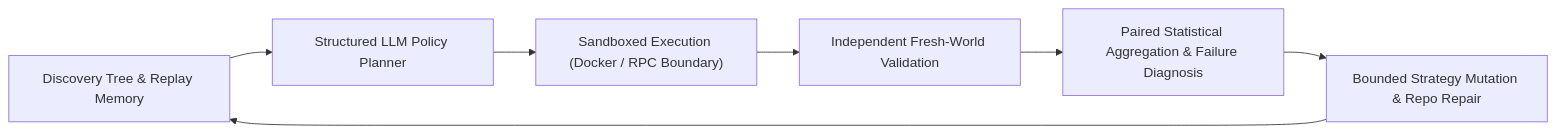
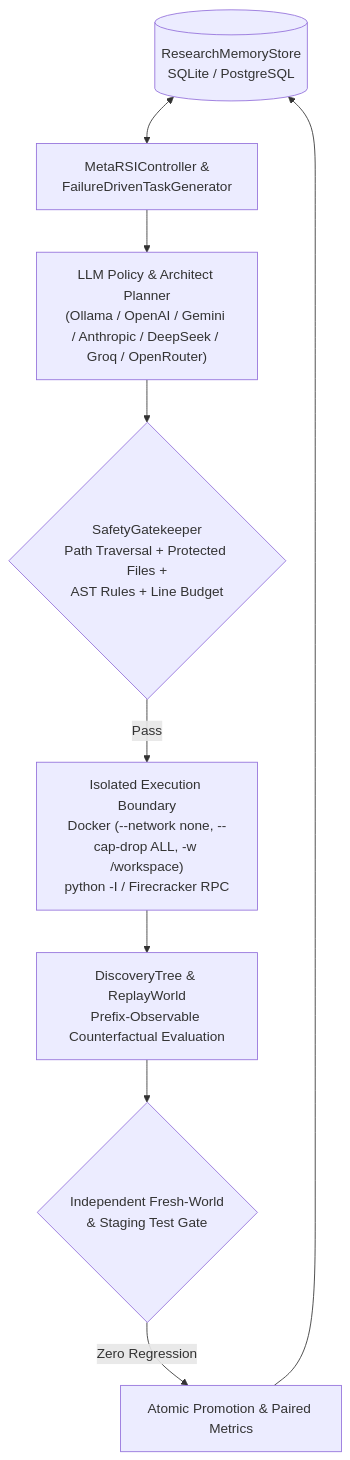
The diagram in README.md (sylenthai/dream-rsi), drawn with Mermaid before and after one commit. The commit also changed other lines of this file and 21 other files, not shown here.

Commit message:
Harden security sandboxes, fix Docker/SQLite/Helm/API bugs, expand LLM providers & elevate community docs

````diff
--- a/README.md
+++ b/README.md
@@ -13,9 +52,11 @@
 ```mermaid
-flowchart LR
-    A["Discovery Tree & Replay Memory"] --> B["Structured LLM Policy Planner"]
-    B --> C["Sandboxed Execution (Docker / RPC Boundary)"]
-    C --> D["Independent Fresh-World Validation"]
-    D --> E["Paired Statistical Aggregation & Failure Diagnosis"]
-    E --> F["Bounded Strategy Mutation & Repo Repair"]
-    F --> A
+flowchart TB
+    M[("ResearchMemoryStore<br/>SQLite / PostgreSQL")] <--> C["MetaRSIController &<br/>FailureDrivenTaskGenerator"]
+    C --> P["LLM Policy & Architect Planner<br/>(Ollama / OpenAI / Gemini / Anthropic / DeepSeek / Groq / OpenRouter)"]
+    P --> G{"SafetyGatekeeper<br/>Path Traversal + Protected Files +<br/>AST Rules + Line Budget"}
+    G -- "Pass" --> S["Isolated Execution Boundary<br/>Docker (--network none, --cap-drop ALL, -w /workspace)<br/>python -I / Firecracker RPC"]
+    S --> D["DiscoveryTree & ReplayWorld<br/>Prefix-Observable Counterfactual Evaluation"]
+    D --> V{"Independent Fresh-World<br/>& Staging Test Gate"}
+    V -- "Zero Regression" --> A["Atomic Promotion & Paired Metrics"]
+    A --> M
 ```
````
